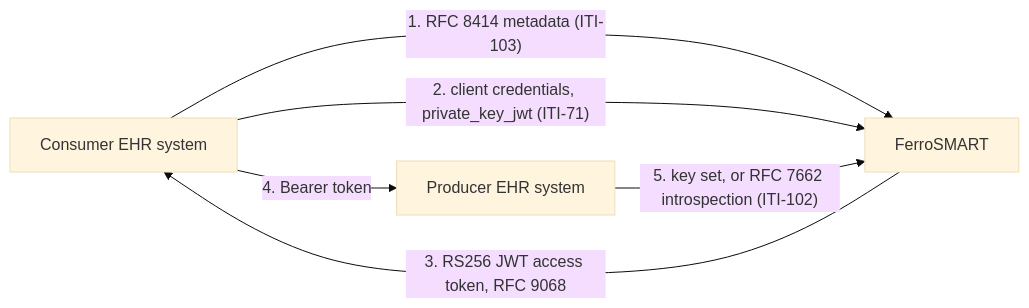
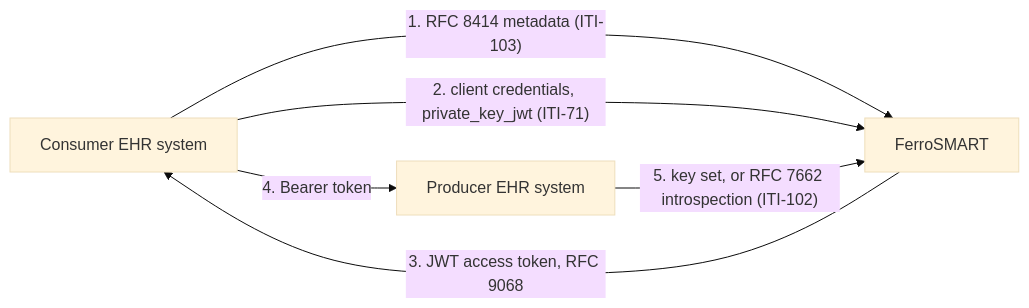
The diagram in website/book/src/evaluate/xt-ehr-authorization.md (FerroHEALTH/FerroSMART), drawn with Mermaid (base theme) before and after one commit. The commit also changed other lines of this file and 10 other files, not shown here.

````diff
--- a/website/book/src/evaluate/xt-ehr-authorization.md
+++ b/website/book/src/evaluate/xt-ehr-authorization.md
@@ -36,8 +36,8 @@
 ```mermaid
 flowchart LR
     C[Consumer EHR system] -- "1. RFC 8414 metadata (ITI-103)" --> S[FerroSMART]
     C -- "2. client credentials, private_key_jwt (ITI-71)" --> S
-    S -- "3. RS256 JWT access token, RFC 9068" --> C
+    S -- "3. JWT access token, RFC 9068" --> C
     C -- "4. Bearer token" --> P[Producer EHR system]
     P -- "5. key set, or RFC 7662 introspection (ITI-102)" --> S
 ```
````
